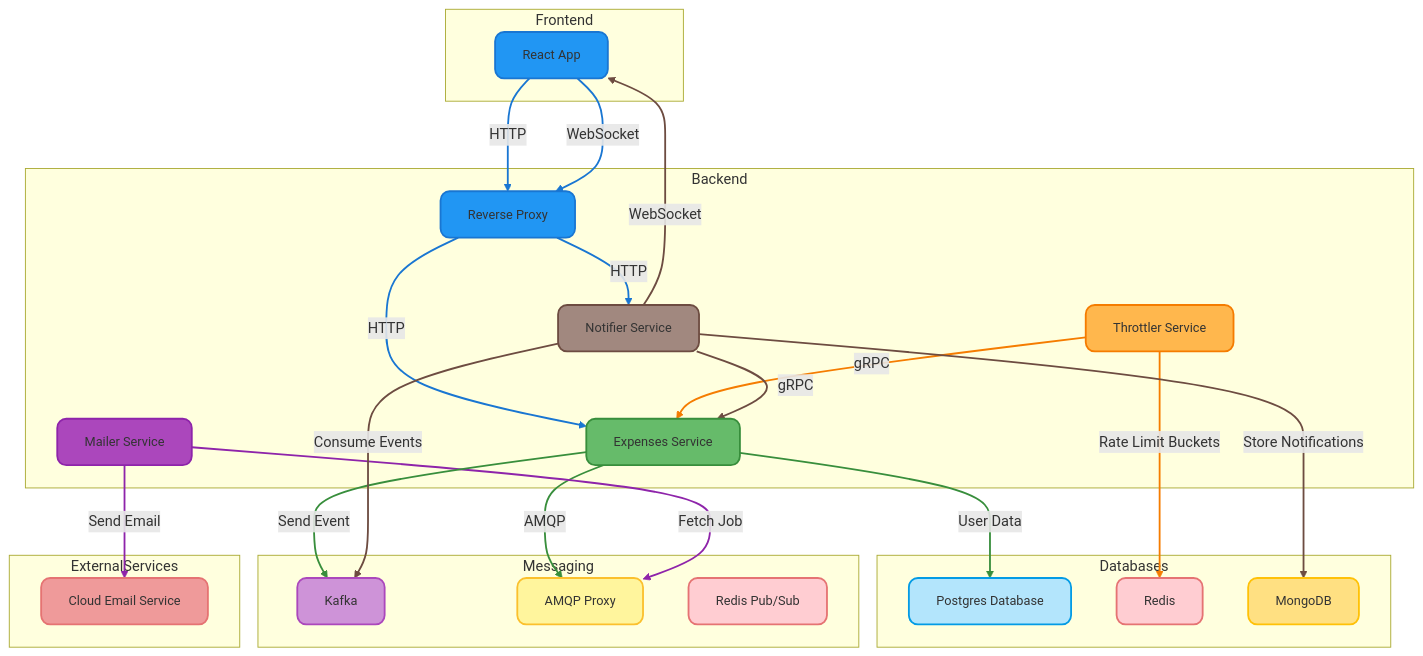
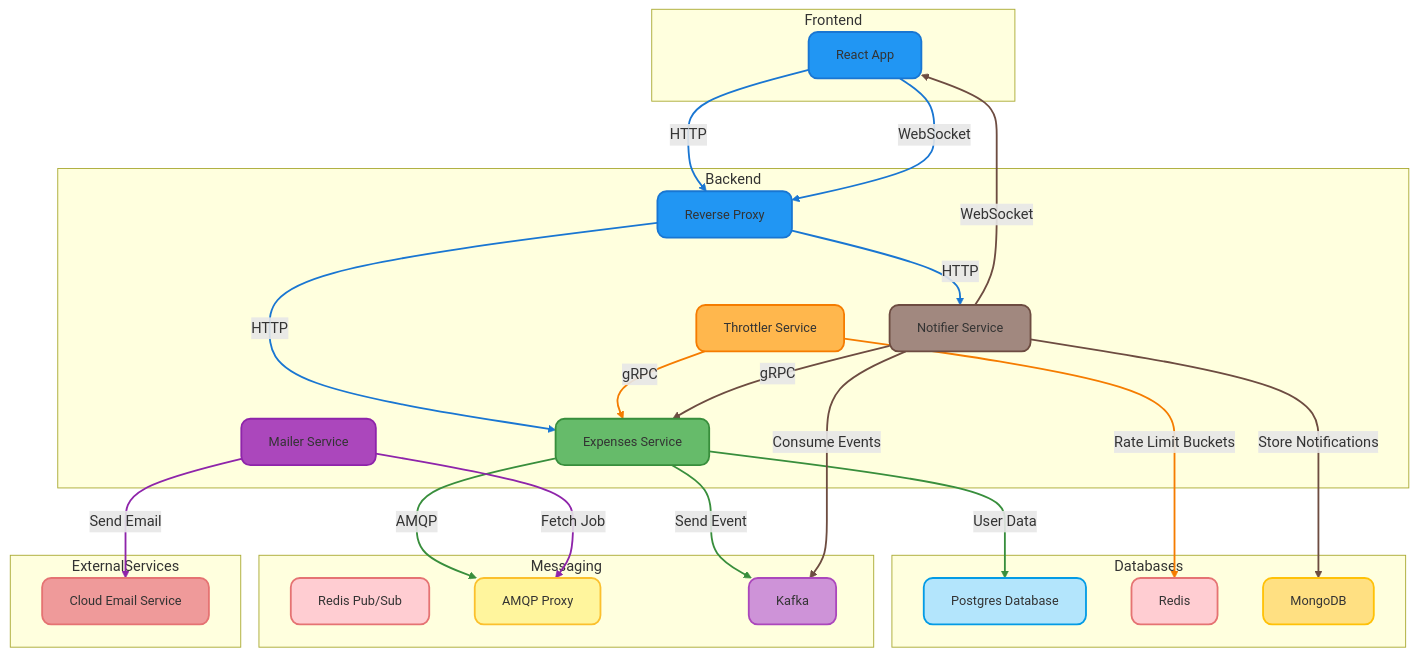
Before and after one commit to hasAnybodySeenHarry/expenses: the diagram in README.md, drawn with Mermaid. The commit also changed other lines of this file, not shown here.

````diff
--- a/README.md
+++ b/README.md
@@ -7,78 +7,78 @@
 ```mermaid
 graph TD
     style ReactApp fill:#2196F3,stroke:#1976D2,stroke-width:2px,color:#333,font-size:14px,rx:10,ry:10
     style ReverseProxy fill:#2196F3,stroke:#1976D2,stroke-width:2px,color:#333,font-size:14px,rx:10,ry:10
     style Expenses fill:#66BB6A,stroke:#388E3C,stroke-width:2px,color:#333,font-size:14px,rx:10,ry:10
     style Throttler fill:#FFB74D,stroke:#F57C00,stroke-width:2px,color:#333,font-size:14px,rx:10,ry:10
     style Mailer fill:#AB47BC,stroke:#8E24AA,stroke-width:2px,color:#333,font-size:14px,rx:10,ry:10
     style Notifier fill:#A1887F,stroke:#6D4C41,stroke-width:2px,color:#333,font-size:14px,rx:10,ry:10
     style Postgres fill:#B3E5FC,stroke:#039BE5,stroke-width:2px,color:#333,font-size:14px,rx:10,ry:10
     style Redis fill:#FFCDD2,stroke:#E57373,stroke-width:2px,color:#333,font-size:14px,rx:10,ry:10
     style MongoDB fill:#FFE082,stroke:#FFC107,stroke-width:2px,color:#333,font-size:14px,rx:10,ry:10
+    style RedisPubSub fill:#FFCDD2,stroke:#E57373,stroke-width:2px,color:#333,font-size:14px,rx:10,ry:10
+    style AMQP fill:#FFF59D,stroke:#FBC02D,stroke-width:2px,color:#333,font-size:14px,rx:10,ry:10
     style Kafka fill:#CE93D8,stroke:#AB47BC,stroke-width:2px,color:#333,font-size:14px,rx:10,ry:10
-    style AMQP fill:#FFF59D,stroke:#FBC02D,stroke-width:2px,color:#333,font-size:14px,rx:10,ry:10
-    style RedisPubSub fill:#FFCDD2,stroke:#E57373,stroke-width:2px,color:#333,font-size:14px,rx:10,ry:10
     style CloudEmail fill:#EF9A9A,stroke:#E57373,stroke-width:2px,color:#333,font-size:14px,rx:10,ry:10
 
     subgraph Frontend
         ReactApp[React App]
     end
 
     subgraph Backend
         ReverseProxy[Reverse Proxy]
         Expenses[Expenses Service]
         Throttler[Throttler Service]
         Mailer[Mailer Service]
         Notifier[Notifier Service]
     end
 
     subgraph Databases
         Postgres[Postgres Database]
         Redis[Redis]
         MongoDB[MongoDB]
     end
 
     subgraph Messaging
         Kafka[Kafka]
         RedisPubSub[Redis Pub/Sub]
         AMQP[AMQP Proxy]
     end
 
     subgraph ExternalServices
         CloudEmail[Cloud Email Service]
     end
 
     %% Define connections with labels and directions
     ReactApp -- HTTP --> ReverseProxy
     ReverseProxy -- HTTP --> Expenses
     Expenses -- User Data --> Postgres
     Throttler -- gRPC --> Expenses
     Throttler -- Rate Limit Buckets --> Redis
     Expenses -- AMQP --> AMQP
     Mailer -- Fetch Job --> AMQP
     Mailer -- Send Email --> CloudEmail
     Expenses -- Send Event --> Kafka
     Notifier -- Consume Events --> Kafka
     Notifier -- Store Notifications --> MongoDB
     ReactApp -- WebSocket --> ReverseProxy
     ReverseProxy -- HTTP --> Notifier
     Notifier -- gRPC --> Expenses
     Notifier -- WebSocket --> ReactApp
 
     %% Style links
     linkStyle 0 stroke:#1976D2,stroke-width:2px
     linkStyle 1 stroke:#1976D2,stroke-width:2px
     linkStyle 2 stroke:#388E3C,stroke-width:2px
     linkStyle 3 stroke:#F57C00,stroke-width:2px
     linkStyle 4 stroke:#F57C00,stroke-width:2px
     linkStyle 5 stroke:#388E3C,stroke-width:2px
     linkStyle 6 stroke:#8E24AA,stroke-width:2px
     linkStyle 7 stroke:#8E24AA,stroke-width:2px
     linkStyle 8 stroke:#388E3C,stroke-width:2px
     linkStyle 9 stroke:#6D4C41,stroke-width:2px
     linkStyle 10 stroke:#6D4C41,stroke-width:2px
     linkStyle 11 stroke:#1976D2,stroke-width:2px
     linkStyle 12 stroke:#1976D2,stroke-width:2px
     linkStyle 13 stroke:#6D4C41,stroke-width:2px
     linkStyle 14 stroke:#6D4C41,stroke-width:2px
 ```
````
